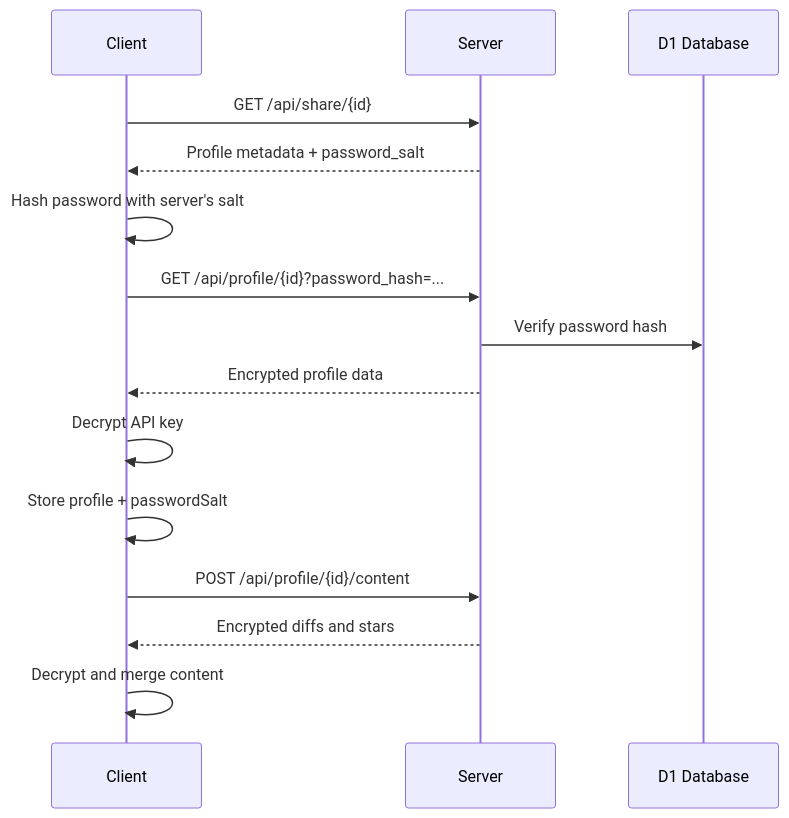
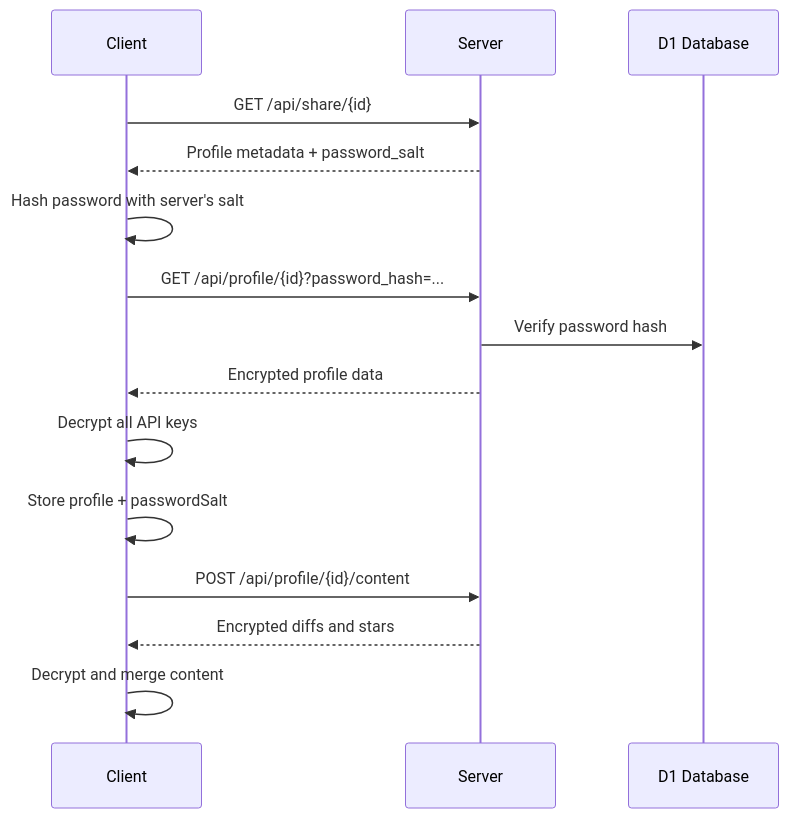
One commit to SmileyChris/difflog changed the second of 3 diagrams in docs/architecture/sync.md. Above: the diagram before and after it, drawn with Mermaid. The commit also changed other lines of this file and 8 other files, not shown here.

````diff
--- a/docs/architecture/sync.md
+++ b/docs/architecture/sync.md
@@ -71,18 +71,18 @@
 ``` mermaid
 sequenceDiagram
     participant C as Client
     participant S as Server
     participant DB as D1 Database
 
     C->>S: GET /api/share/{id}
     S-->>C: Profile metadata + password_salt
     C->>C: Hash password with server's salt
     C->>S: GET /api/profile/{id}?password_hash=...
     S->>DB: Verify password hash
     S-->>C: Encrypted profile data
-    C->>C: Decrypt API key
+    C->>C: Decrypt all API keys
     C->>C: Store profile + passwordSalt
     C->>S: POST /api/profile/{id}/content
     S-->>C: Encrypted diffs and stars
     C->>C: Decrypt and merge content
 ```
````
